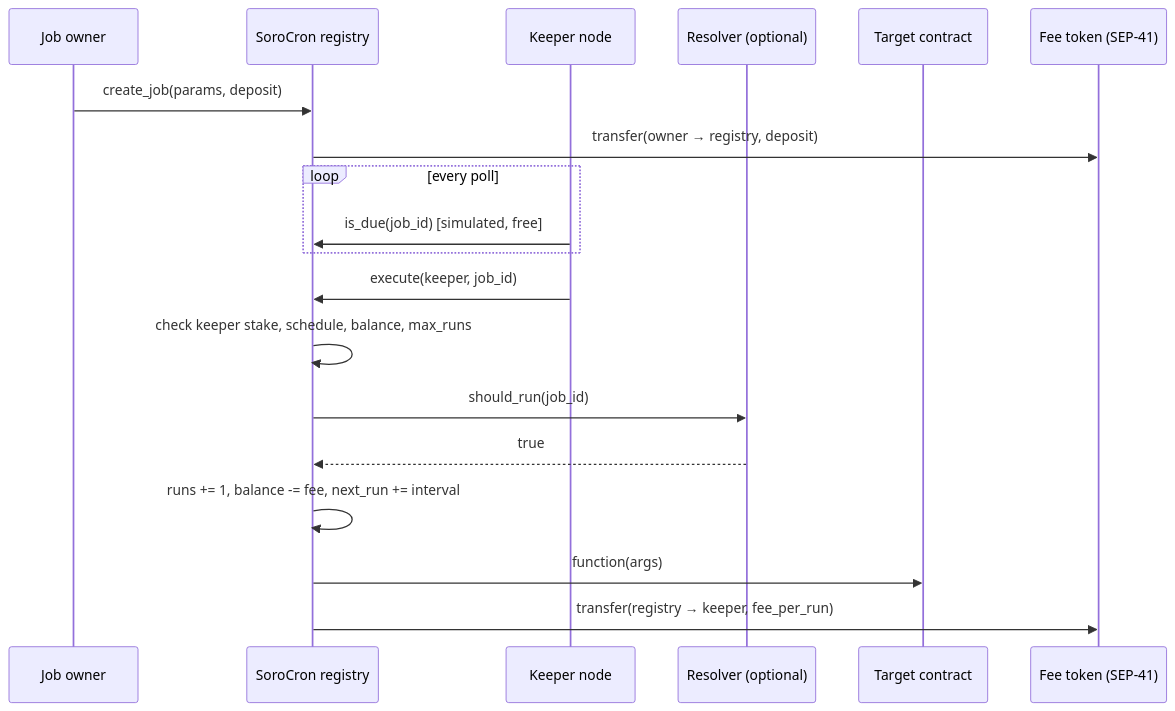
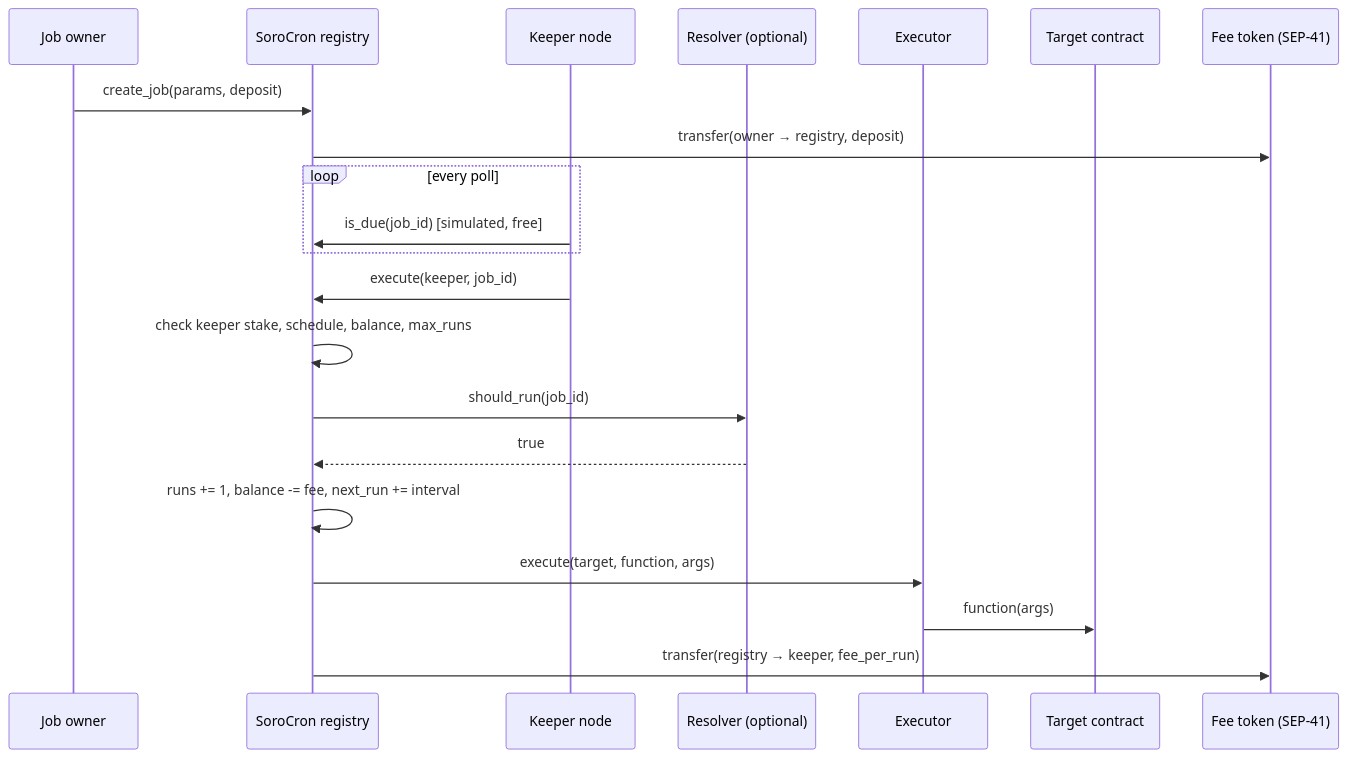
One commit to sorocon-labs/sorocron changed the diagram in docs/architecture.md. Above: the diagram before and after it, drawn with Mermaid. The commit also changed other lines of this file and 11 other files, not shown here.

First line of the commit message:
feat(executor): route target calls through a fund-less executor

````diff
--- a/docs/architecture.md
+++ b/docs/architecture.md
@@ -9,24 +9,26 @@
 ```mermaid
 sequenceDiagram
     participant Owner as Job owner
     participant Registry as SoroCron registry
     participant Keeper as Keeper node
     participant Resolver as Resolver (optional)
+    participant Executor as Executor
     participant Target as Target contract
     participant Token as Fee token (SEP-41)
 
     Owner->>Registry: create_job(params, deposit)
     Registry->>Token: transfer(owner → registry, deposit)
 
     loop every poll
         Keeper->>Registry: is_due(job_id)  [simulated, free]
     end
 
     Keeper->>Registry: execute(keeper, job_id)
     Registry->>Registry: check keeper stake, schedule, balance, max_runs
     Registry->>Resolver: should_run(job_id)
     Resolver-->>Registry: true
     Registry->>Registry: runs += 1, balance -= fee, next_run += interval
-    Registry->>Target: function(args)
+    Registry->>Executor: execute(target, function, args)
+    Executor->>Target: function(args)
     Registry->>Token: transfer(registry → keeper, fee_per_run)
 ```
````
